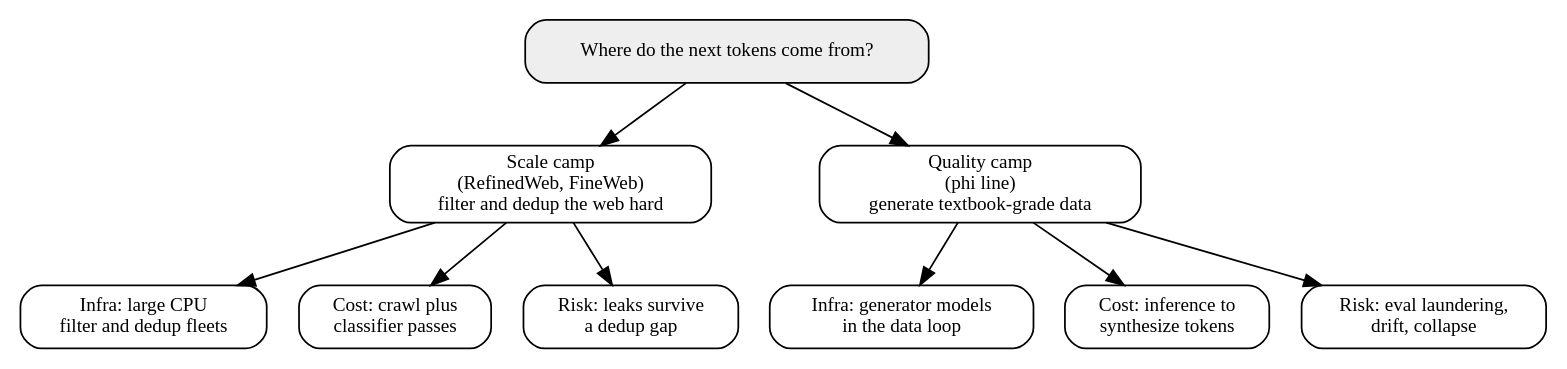
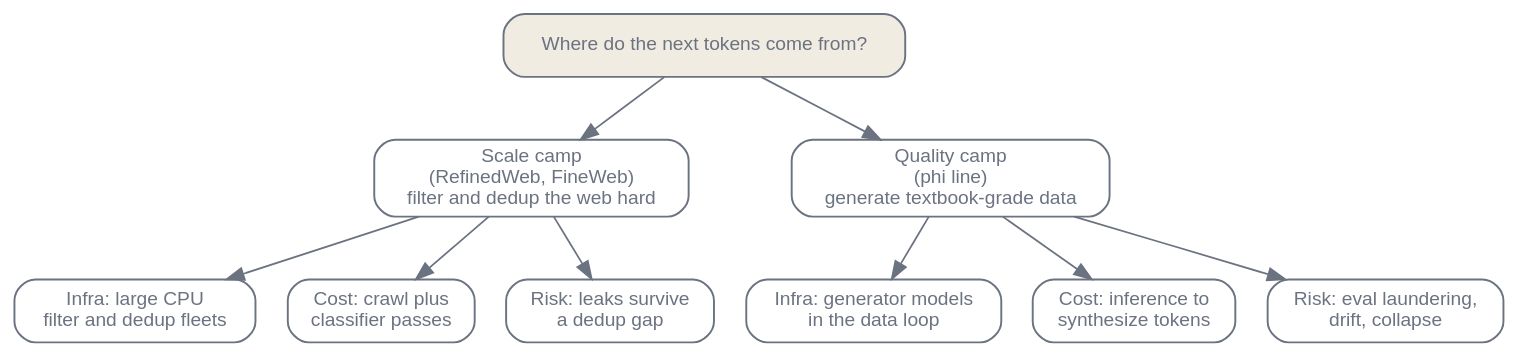
One commit to latere-ai/ai-as-an-infrastructure changed the third of 3 diagrams in en/p1-foundations/04-data-curation.qmd. Above: the diagram before and after it, drawn with Graphviz. The commit also changed 186 other files, not shown here.

First line of the commit message:
book: visual audit pass on all diagrams and figures

````diff
--- a/en/p1-foundations/04-data-curation.qmd
+++ b/en/p1-foundations/04-data-curation.qmd
@@ -253,31 +253,33 @@
 ```{dot}
 //| label: fig-data-curation-debate
 //| fig-cap: "Why the scale-versus-quality debate is unsettled: each camp implies a different stack, cost structure, and contamination risk, so the choice is not a single tunable ratio."
 digraph {
   rankdir=TB;
-  node [shape=box, style=rounded, fontsize=11];
+  bgcolor="transparent";
+  node [shape=box, style=rounded, fontsize=11, fontname="Helvetica", color="#6b7280", fontcolor="#6b7280", penwidth=1.1];
+  edge [color="#6b7280", fontcolor="#6b7280"];
 
-  Q ["label"="Where do the next tokens come from?", shape=box, style="rounded,filled", fillcolor="#eeeeee"];
+  Q ["label"="Where do the next tokens come from?", shape=box, style="rounded,filled", fillcolor="#f1ece1"];
 
   Scale ["label"="Scale camp\n(RefinedWeb, FineWeb)\nfilter and dedup the web hard"];
   Quality ["label"="Quality camp\n(phi line)\ngenerate textbook-grade data"];
 
   Q -> Scale;
   Q -> Quality;
 
   ScaleInfra ["label"="Infra: large CPU\nfilter and dedup fleets"];
   ScaleCost ["label"="Cost: crawl plus\nclassifier passes"];
   ScaleRisk ["label"="Risk: leaks survive\na dedup gap"];
 
   QualInfra ["label"="Infra: generator models\nin the data loop"];
   QualCost ["label"="Cost: inference to\nsynthesize tokens"];
   QualRisk ["label"="Risk: eval laundering,\ndrift, collapse"];
 
   Scale -> ScaleInfra;
   Scale -> ScaleCost;
   Scale -> ScaleRisk;
   Quality -> QualInfra;
   Quality -> QualCost;
   Quality -> QualRisk;
 }
 ```
````
